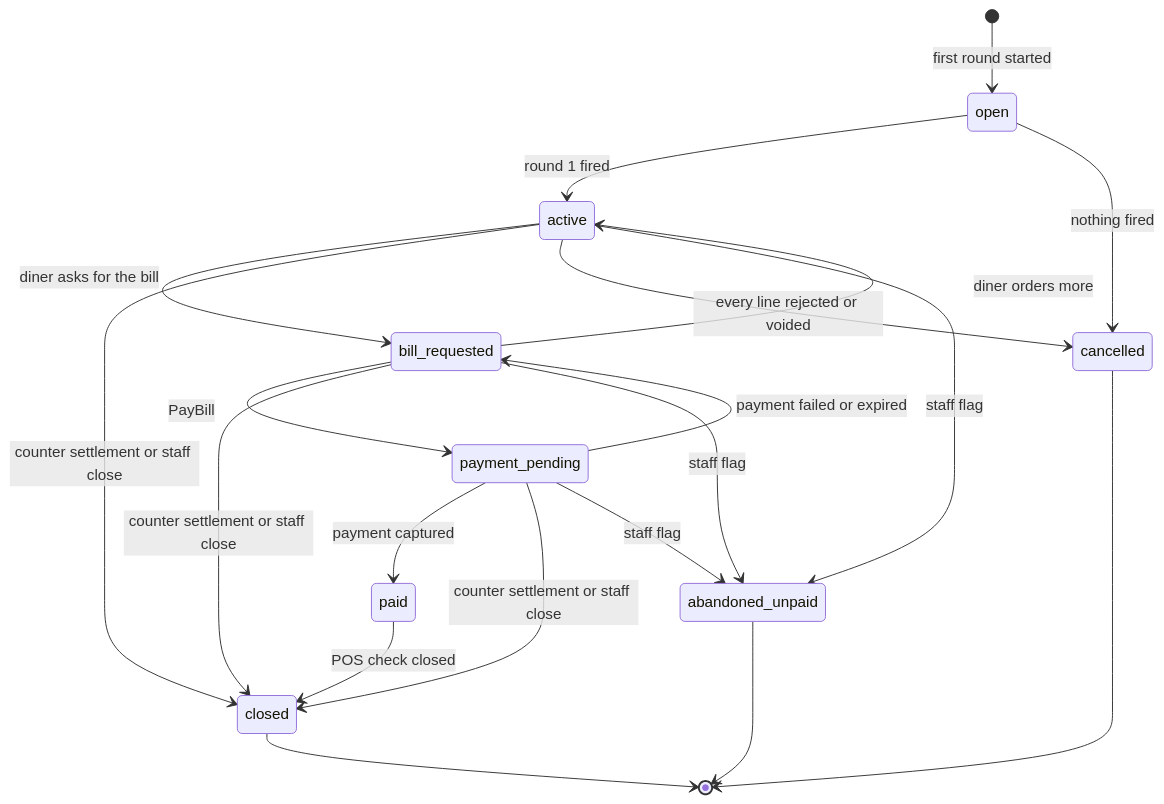
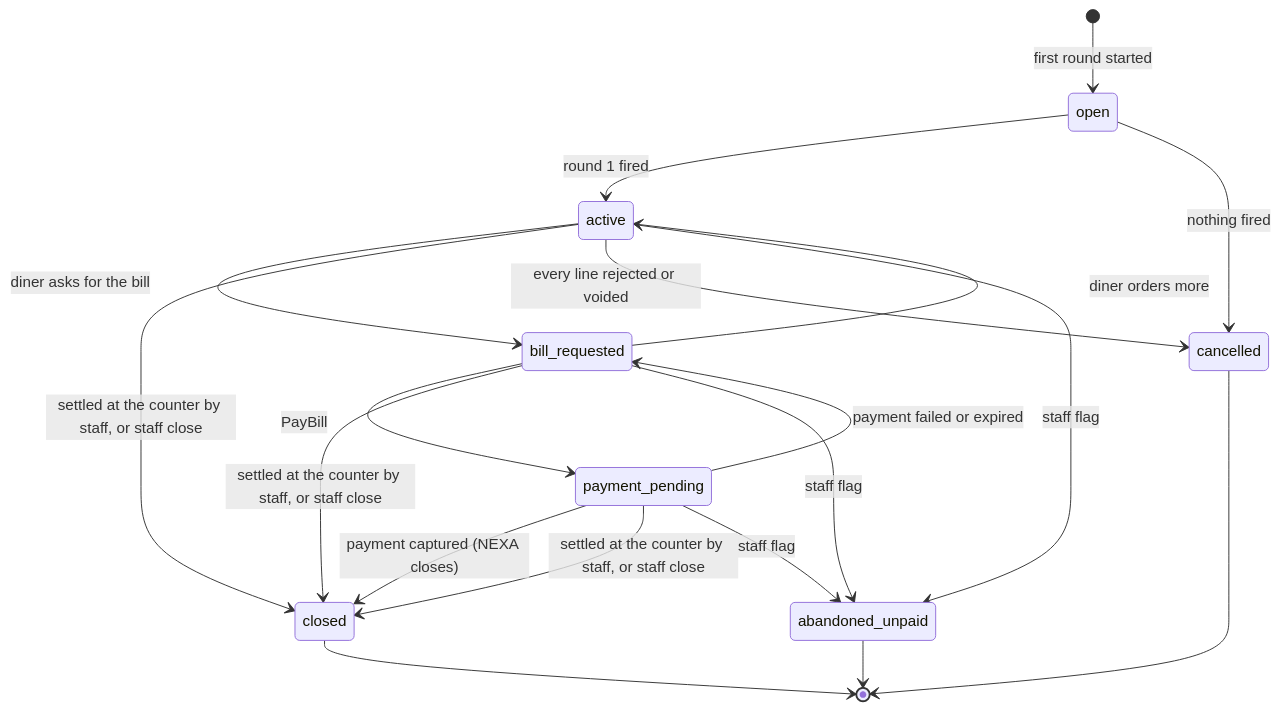
Before and after one commit to Leakageonthelamp/nexa-platform-achitecture: the first of 2 diagrams in docs/design/postpaid-table-ordering.md, drawn with Mermaid. The commit also changed other lines of this file and 44 other files, not shown here.

````diff
--- a/docs/design/postpaid-table-ordering.md
+++ b/docs/design/postpaid-table-ordering.md
@@ -155,22 +158,21 @@
 ```mermaid
 stateDiagram-v2
   [*] --> open: first round started
   open --> active: round 1 fired
   active --> bill_requested: diner asks for the bill
   bill_requested --> active: diner orders more
   bill_requested --> payment_pending: PayBill
   payment_pending --> bill_requested: payment failed or expired
-  payment_pending --> paid: payment captured
-  paid --> closed: POS check closed
-  active --> closed: counter settlement or staff close
-  bill_requested --> closed: counter settlement or staff close
-  payment_pending --> closed: counter settlement or staff close
+  payment_pending --> closed: payment captured (NEXA closes)
+  active --> closed: settled at the counter by staff, or staff close
+  bill_requested --> closed: settled at the counter by staff, or staff close
+  payment_pending --> closed: settled at the counter by staff, or staff close
   open --> cancelled: nothing fired
   active --> cancelled: every line rejected or voided
   active --> abandoned_unpaid: staff flag
   bill_requested --> abandoned_unpaid: staff flag
   payment_pending --> abandoned_unpaid: staff flag
   closed --> [*]
   cancelled --> [*]
   abandoned_unpaid --> [*]
 ```
````
